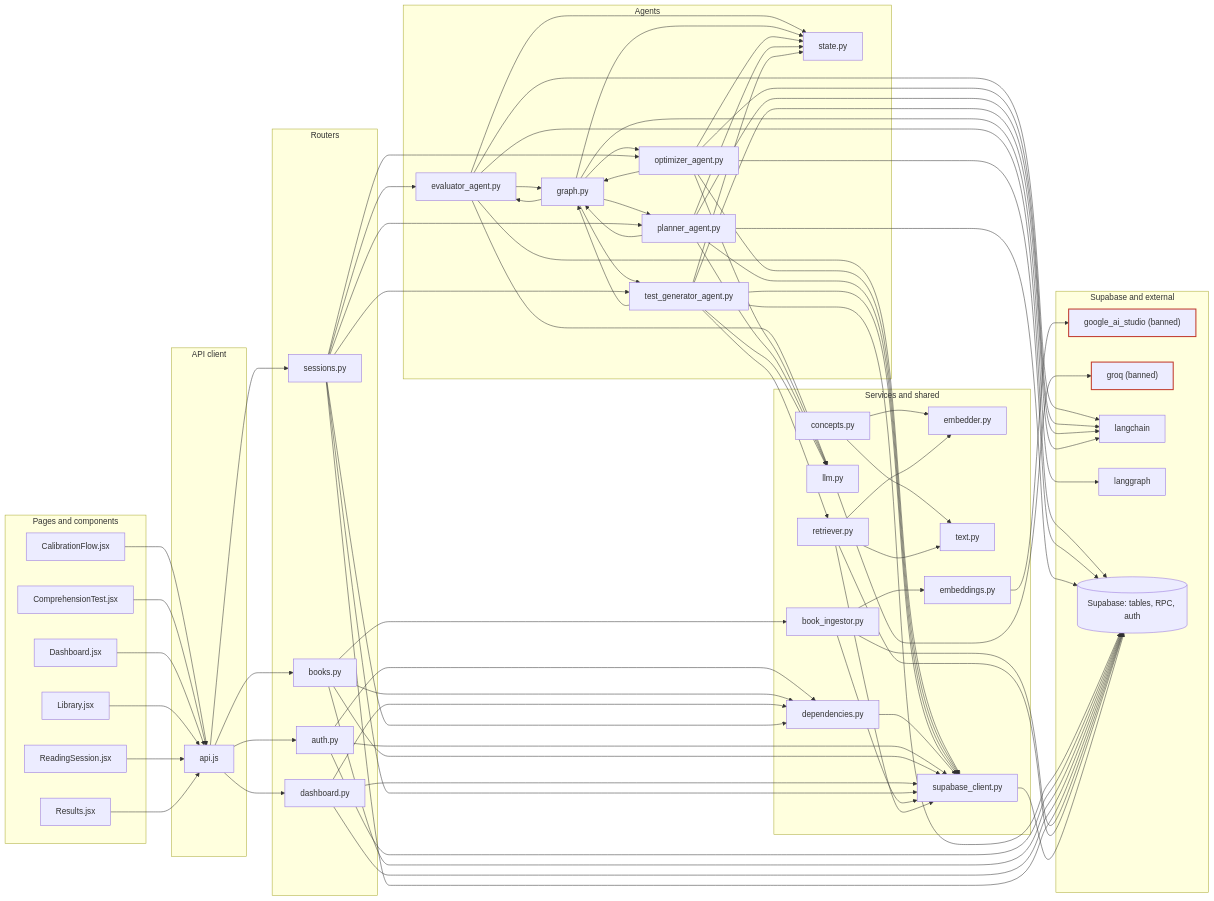
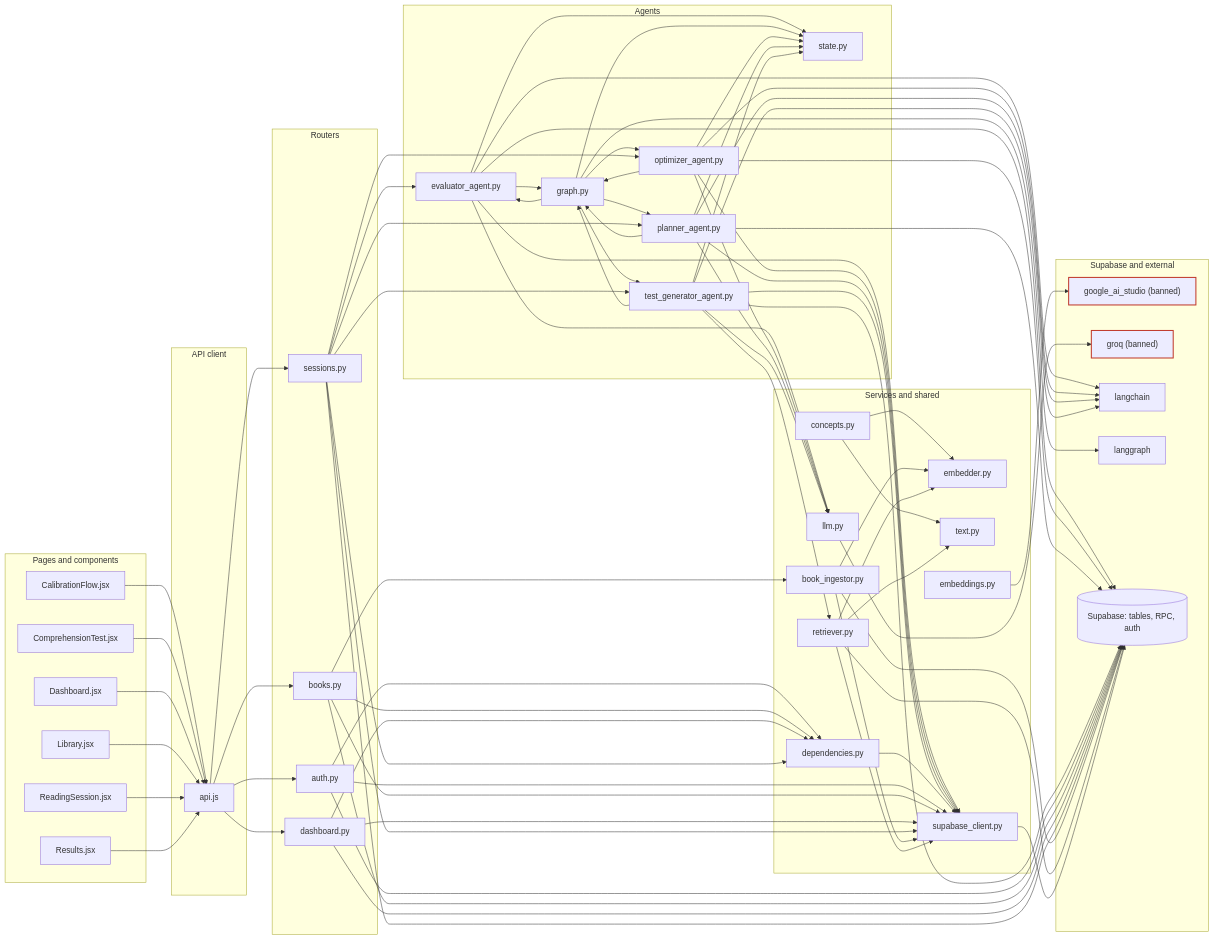
Before and after one commit to asparagusD/readfocus: the first of 2 diagrams in docs/repo-graph/REPO_MAP.md, drawn with Mermaid. The commit also changed other lines of this file and 10 other files, not shown here.

```diff
--- a/docs/repo-graph/REPO_MAP.md
+++ b/docs/repo-graph/REPO_MAP.md
@@ -106,7 +106,7 @@
   file_backend_routers_sessions_py --> file_backend_dependencies_py
   file_backend_routers_sessions_py --> file_backend_services_supabase_client_py
   file_backend_routers_sessions_py --> supabase
-  file_backend_services_book_ingestor_py --> file_backend_services_embeddings_py
+  file_backend_services_book_ingestor_py --> file_backend_nlp_embedder_py
   file_backend_services_book_ingestor_py --> file_backend_services_supabase_client_py
   file_backend_services_book_ingestor_py --> supabase
   file_backend_services_embeddings_py --> external_google_ai_studio
```
